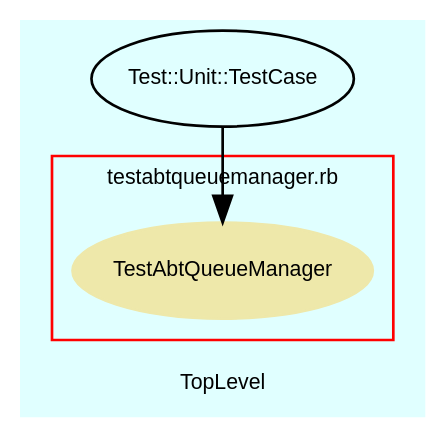
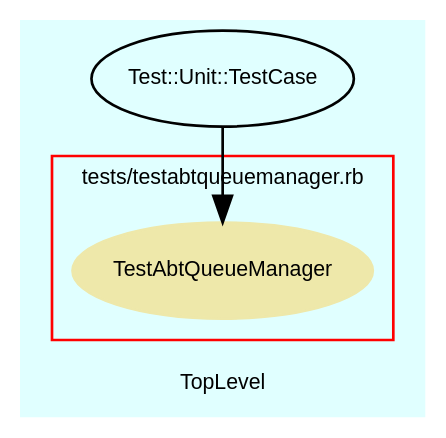
One commit to eschabell/abtlinux changed the diagram in src/trunk/doc/dot/f_14.dot. Above: the diagram before and after it, drawn with Graphviz. The commit also changed 52 other files, not shown here.

```diff
--- a/src/trunk/doc/dot/f_14.dot
+++ b/src/trunk/doc/dot/f_14.dot
@@ -1,37 +1,37 @@
 digraph TopLevel {
     compound = true
     bgcolor = lightcyan1
     fontname = Arial
     fontsize = 8
     label = "TopLevel"
     node [
         fontname = Arial,
         fontsize = 8,
         color = black
     ]
 
     subgraph cluster_15 {
         fontname = Arial
         color = red
-        label = "testabtqueuemanager.rb"
+        label = "tests/testabtqueuemanager.rb"
         TestAbtQueueManager [
             fontcolor = black,
             URL = "classes/TestAbtQueueManager.html",
             shape = ellipse,
             color = palegoldenrod,
             style = filled,
             label = "TestAbtQueueManager"
         ]
 
     }
 
     Test__Unit__TestCase [
         URL = "classes/Test/Unit/TestCase.html",
         label = "Test::Unit::TestCase"
     ]
 
     Test__Unit__TestCase -> TestAbtQueueManager [
 
     ]
 
 }
```
